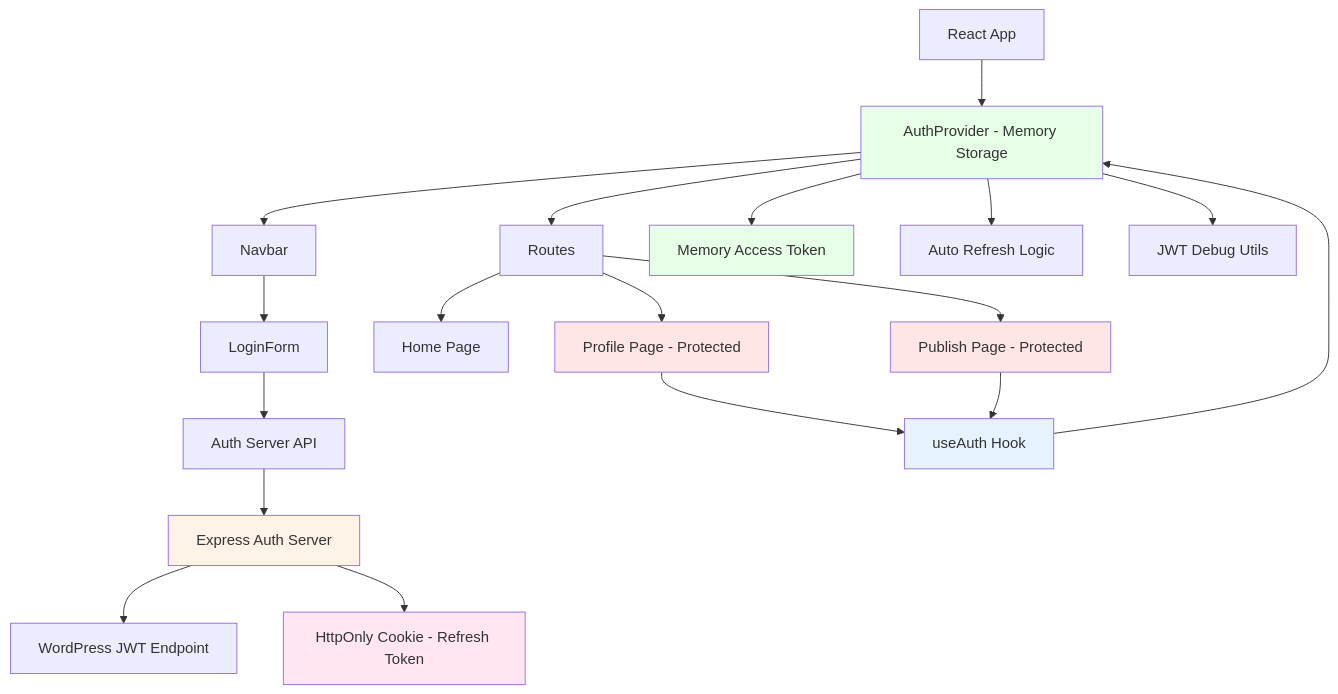
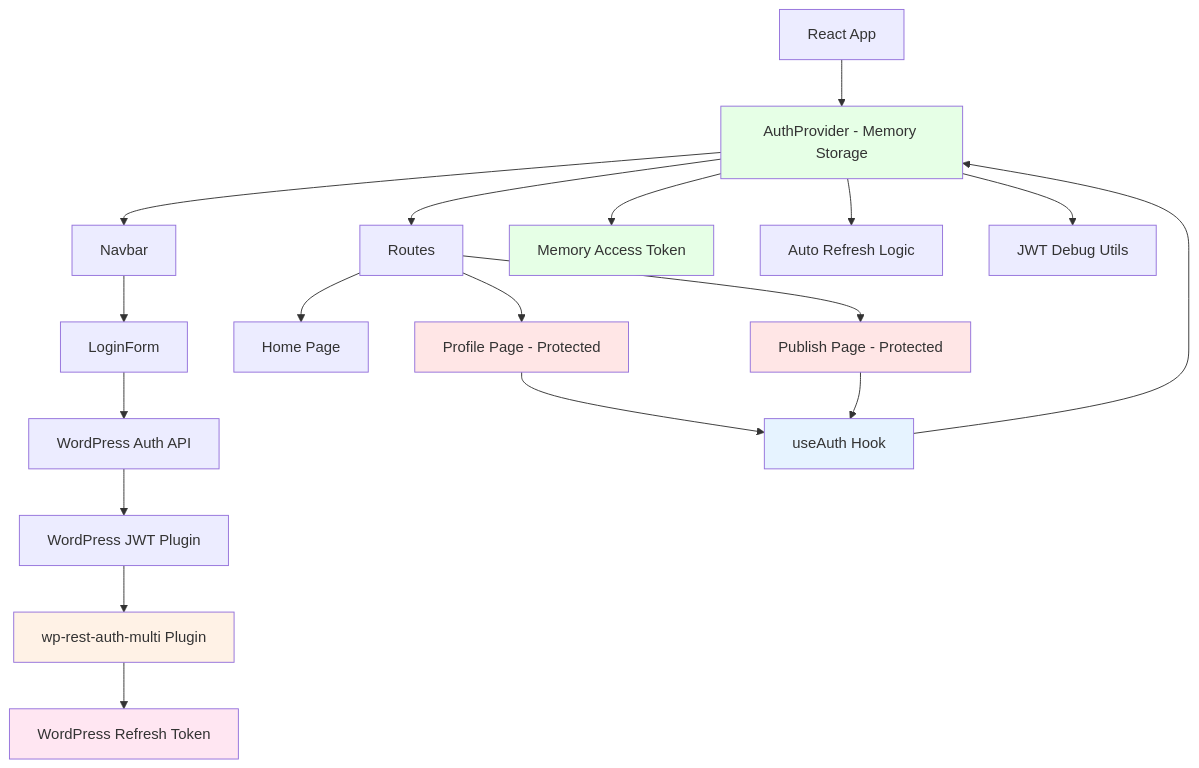
One commit to juanma-wp/wcg2025-demos changed the diagram in react-wp-jwt-demo/README.md. Above: the diagram before and after it, drawn with Mermaid. The commit also changed other lines of this file and 11 other files, not shown here.

First line of the commit message:
Refactor authentication implementation to utilize direct WordPress integration

````diff
--- a/react-wp-jwt-demo/README.md
+++ b/react-wp-jwt-demo/README.md
@@ -139,32 +116,32 @@
 ```mermaid
 graph TD
     A[React App] --> B[AuthProvider - Memory Storage]
     B --> C[Navbar]
     B --> D[Routes]
 
     D --> E[Home Page]
     D --> F[Profile Page - Protected]
     D --> G[Publish Page - Protected]
 
     C --> H[LoginForm]
-    H --> I[Auth Server API]
-    I --> J[Express Auth Server]
-    J --> K[WordPress JWT Endpoint]
+    H --> I[WordPress Auth API]
+    I --> J[WordPress JWT Plugin]
+    J --> K[wp-rest-auth-multi Plugin]
 
     B --> L[Memory Access Token]
-    J --> M[HttpOnly Cookie - Refresh Token]
+    K --> M[WordPress Refresh Token]
     B --> N[Auto Refresh Logic]
     B --> O[JWT Debug Utils]
 
     F --> P[useAuth Hook]
     G --> P
     P --> B
 
     style F fill:#ffe6e6
     style G fill:#ffe6e6
     style P fill:#e6f3ff
     style B fill:#e6ffe6
-    style J fill:#fff2e6
+    style K fill:#fff2e6
     style L fill:#e6ffe6
     style M fill:#ffe6f2
 ```
````
